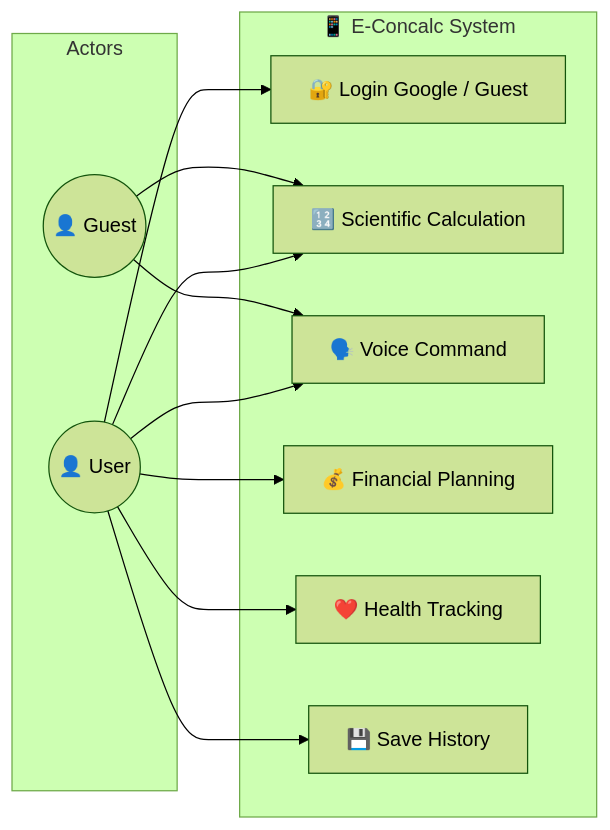
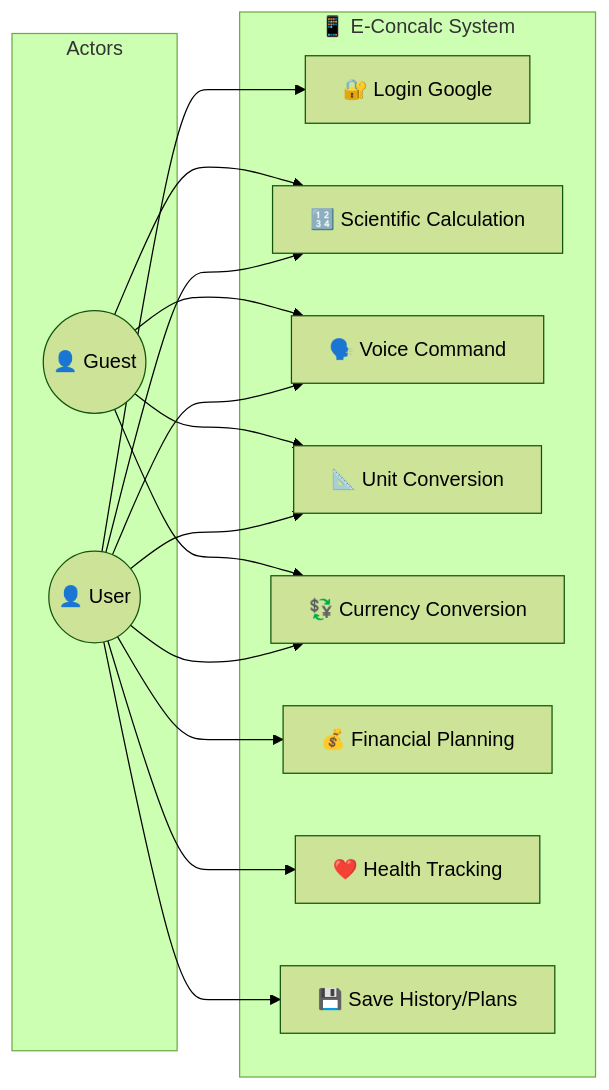
One commit to falcon-ioi/Caclcon changed the first of 4 diagrams in README.md. Above: the diagram before and after it, drawn with Mermaid (forest theme). The commit also changed other lines of this file, not shown here.

Commit message:
Docs: Update UML diagrams (Use Case, Activity, Sequence, ERD) to match system implementation

````diff
--- a/README.md
+++ b/README.md
@@ -79,26 +79,32 @@
 ```mermaid
 flowchart LR
     subgraph Actors
         User(("👤 User"))
         Guest(("👤 Guest"))
     end
     
     subgraph E-Concalc["📱 E-Concalc System"]
-        UC1["🔐 Login Google / Guest"]
+        UC1["🔐 Login Google"]
         UC2["🔢 Scientific Calculation"]
         UC3["🗣️ Voice Command"]
-        UC4["💰 Financial Planning"]
-        UC5["❤️ Health Tracking"]
-        UC6["💾 Save History"]
+        UC4["📐 Unit Conversion"]
+        UC5["💱 Currency Conversion"]
+        UC6["💰 Financial Planning"]
+        UC7["❤️ Health Tracking"]
+        UC8["💾 Save History/Plans"]
     end
 
     User --> UC1
     User --> UC2
     User --> UC3
     User --> UC4
     User --> UC5
     User --> UC6
+    User --> UC7
+    User --> UC8
     
     Guest --> UC2
     Guest --> UC3
+    Guest --> UC4
+        Guest --> UC5
 ```
````
